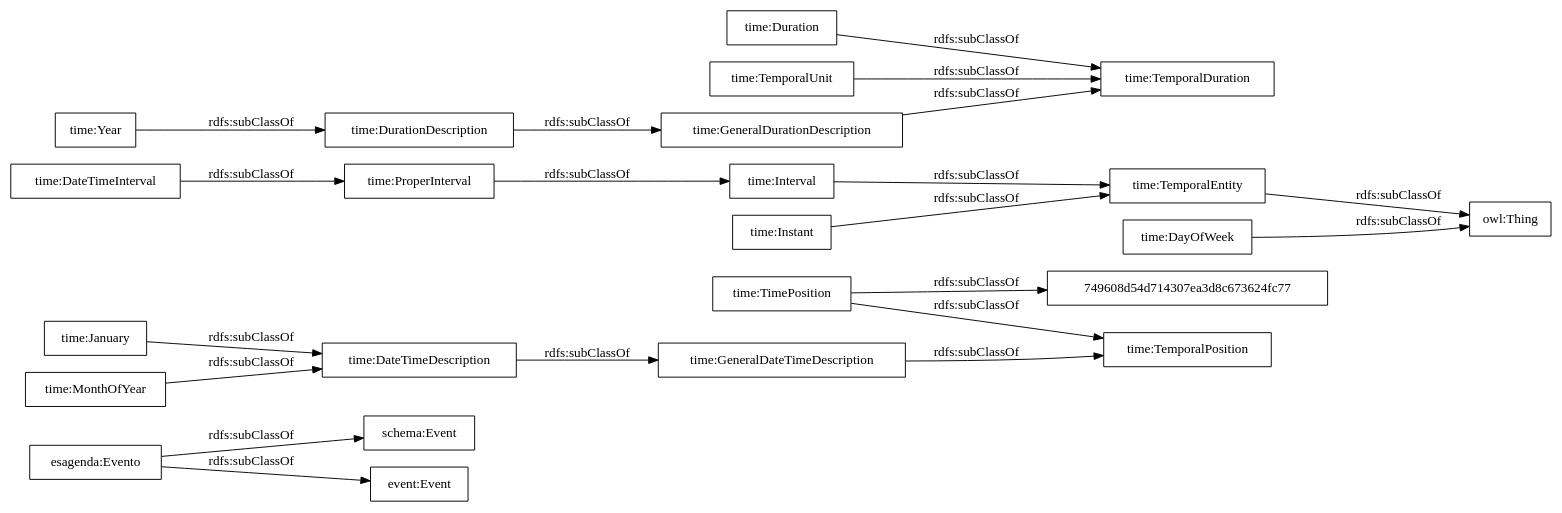
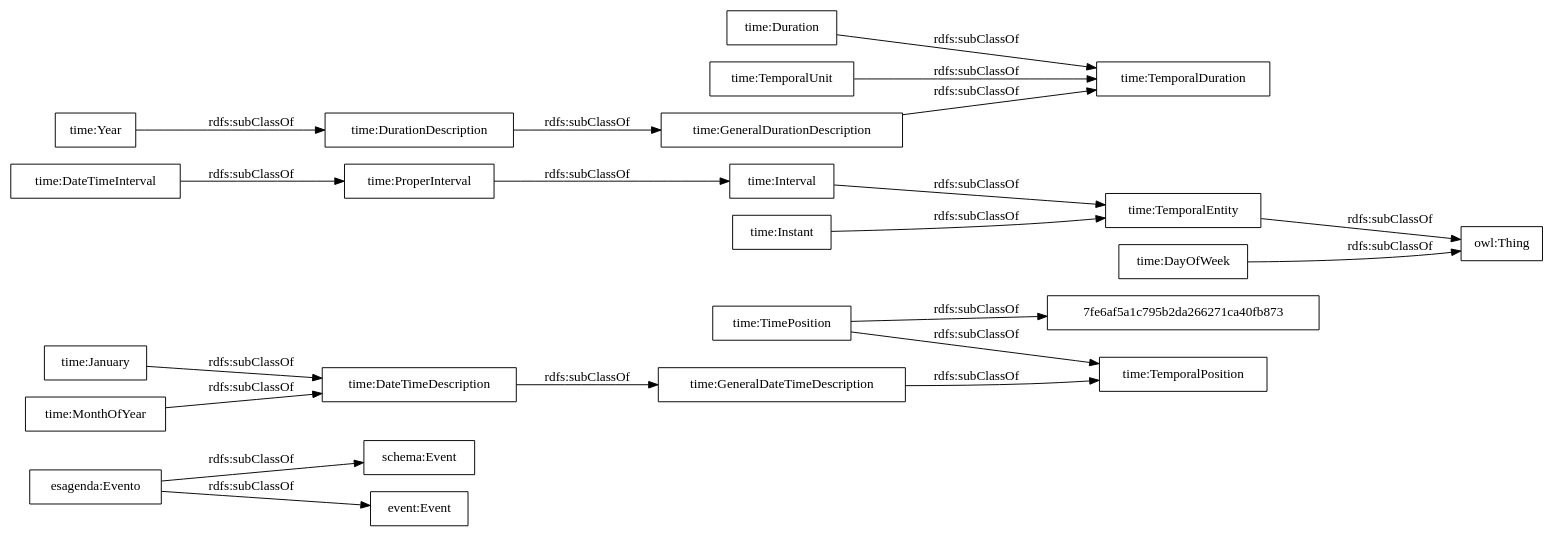
Before and after one commit to paoespinozarias/cultura-ocio-agenda-eventos-actividades: the diagram in OnToology/0.1/agenda.owl/diagrams/ar2dtool-taxonomy/agenda.owl.png.dot, drawn with Graphviz. The commit also changed 5 other files, not shown here.

```diff
--- a/OnToology/0.1/agenda.owl/diagrams/ar2dtool-taxonomy/agenda.owl.png.dot
+++ b/OnToology/0.1/agenda.owl/diagrams/ar2dtool-taxonomy/agenda.owl.png.dot
@@ -1,25 +1,25 @@
 digraph ar2dtool_diagram { 
 rankdir=LR;
 size="1000"
-node [shape = rectangle, color="black"]; "esagenda:Evento" "schema:Event" "event:Event" "749608d54d714307ea3d8c673624fc77" "time:GeneralDateTimeDescription" "time:DateTimeInterval" "time:DurationDescription" "time:TemporalDuration" "time:Duration" "time:GeneralDurationDescription" "time:January" "time:ProperInterval" "time:TimePosition" "time:TemporalPosition" "time:Interval" "time:TemporalEntity" "time:Year" "time:MonthOfYear" "time:DateTimeDescription" "time:TemporalUnit" "time:Instant" "time:DayOfWeek" ; /*classes style*/
+node [shape = rectangle, color="black"]; "esagenda:Evento" "schema:Event" "event:Event" "time:GeneralDateTimeDescription" "time:DateTimeInterval" "time:DurationDescription" "time:TemporalDuration" "time:Duration" "time:GeneralDurationDescription" "time:January" "time:ProperInterval" "7fe6af5a1c795b2da266271ca40fb873" "time:TimePosition" "time:TemporalPosition" "time:Interval" "time:TemporalEntity" "time:Year" "time:MonthOfYear" "time:DateTimeDescription" "time:TemporalUnit" "time:Instant" "time:DayOfWeek" ; /*classes style*/
 	"time:TemporalEntity" -> "owl:Thing" [ label = "rdfs:subClassOf" ];
 	"time:DateTimeInterval" -> "time:ProperInterval" [ label = "rdfs:subClassOf" ];
 	"time:DayOfWeek" -> "owl:Thing" [ label = "rdfs:subClassOf" ];
 	"time:TemporalUnit" -> "time:TemporalDuration" [ label = "rdfs:subClassOf" ];
 	"time:Year" -> "time:DurationDescription" [ label = "rdfs:subClassOf" ];
 	"time:Interval" -> "time:TemporalEntity" [ label = "rdfs:subClassOf" ];
 	"time:MonthOfYear" -> "time:DateTimeDescription" [ label = "rdfs:subClassOf" ];
 	"time:GeneralDurationDescription" -> "time:TemporalDuration" [ label = "rdfs:subClassOf" ];
 	"time:GeneralDateTimeDescription" -> "time:TemporalPosition" [ label = "rdfs:subClassOf" ];
 	"time:DateTimeDescription" -> "time:GeneralDateTimeDescription" [ label = "rdfs:subClassOf" ];
 	"time:DurationDescription" -> "time:GeneralDurationDescription" [ label = "rdfs:subClassOf" ];
-	"time:TimePosition" -> "749608d54d714307ea3d8c673624fc77" [ label = "rdfs:subClassOf" ];
+	"time:TimePosition" -> "7fe6af5a1c795b2da266271ca40fb873" [ label = "rdfs:subClassOf" ];
 	"time:TimePosition" -> "time:TemporalPosition" [ label = "rdfs:subClassOf" ];
 	"time:January" -> "time:DateTimeDescription" [ label = "rdfs:subClassOf" ];
 	"time:ProperInterval" -> "time:Interval" [ label = "rdfs:subClassOf" ];
 	"time:Instant" -> "time:TemporalEntity" [ label = "rdfs:subClassOf" ];
 	"esagenda:Evento" -> "schema:Event" [ label = "rdfs:subClassOf" ];
 	"esagenda:Evento" -> "event:Event" [ label = "rdfs:subClassOf" ];
 	"time:Duration" -> "time:TemporalDuration" [ label = "rdfs:subClassOf" ];
 
 }
```
